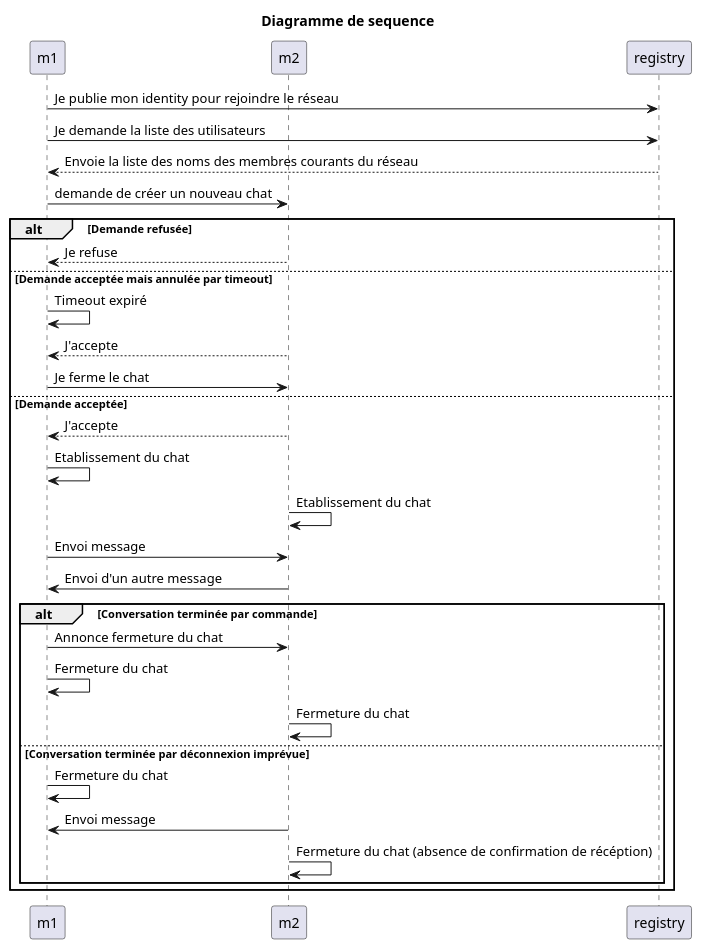
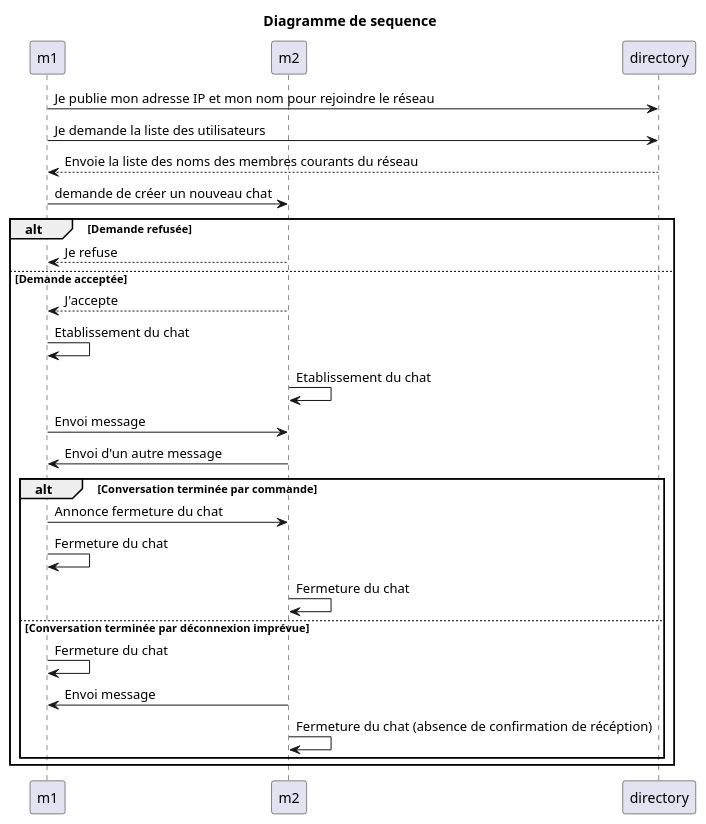
Before and after one commit to samuelroland/poneytoponey: the diagram in docs/sequence.puml, drawn with PlantUML. The commit also changed 1 other file, not shown here.

Commit message:
sequence diagramme

```diff
--- a/docs/sequence.puml
+++ b/docs/sequence.puml
@@ -1,33 +1,29 @@
 @startuml sequence
 title "Diagramme de sequence"
 participant "m1" as m1
 participant "m2" as m2
-participant "registry" as registry
+participant "directory" as registry
 
-m1->registry:Je publie mon identity pour rejoindre le réseau
+m1->registry:Je publie mon adresse IP et mon nom pour rejoindre le réseau
 m1-> registry: Je demande la liste des utilisateurs 
 registry-->m1:Envoie la liste des noms des membres courants du réseau
 m1->m2:demande de créer un nouveau chat
 alt Demande refusée
 m2-->m1:Je refuse
-else Demande acceptée mais annulée par timeout
-m1-> m1: Timeout expiré
-m2-->m1: J'accepte
-m1->m2: Je ferme le chat
 else Demande acceptée
 m2-->m1:J'accepte
 m1->m1:Etablissement du chat
 m2->m2:Etablissement du chat
 m1->m2:Envoi message
 m2->m1:Envoi d'un autre message
 alt Conversation terminée par commande
     m1->m2:Annonce fermeture du chat
     m1->m1:Fermeture du chat
     m2->m2:Fermeture du chat
 else Conversation terminée par déconnexion imprévue
     m1->m1:Fermeture du chat
     m2->m1:Envoi message
     m2->m2:Fermeture du chat (absence de confirmation de récéption)
 end
 end
 @enduml sequence
```
